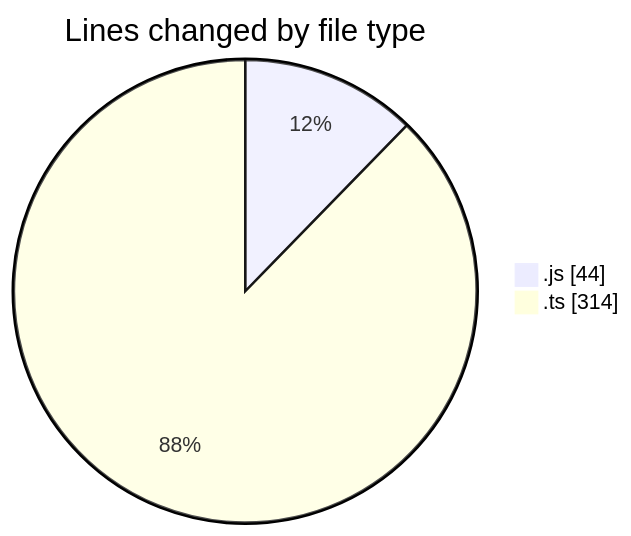
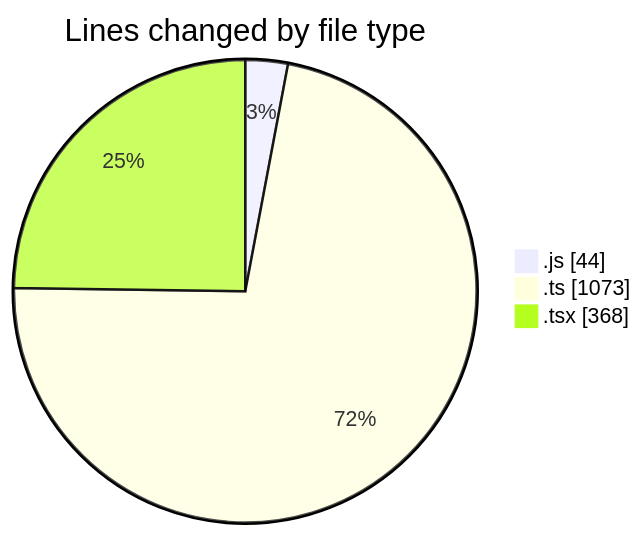
The first of 2 diagrams in 2025-07-14/ribbon/README.md (EIIisD/code-tracking), drawn with Mermaid before and after one commit. The commit also changed other lines of this file and 1 other file, not shown here.

````diff
--- a/2025-07-14/ribbon/README.md
+++ b/2025-07-14/ribbon/README.md
@@ -21,6 +27,7 @@
 ```mermaid
 pie showData
 title Lines changed by file type
 ".js" : 44
-".ts" : 314
+".ts" : 1073
+".tsx" : 368
 ```
````
